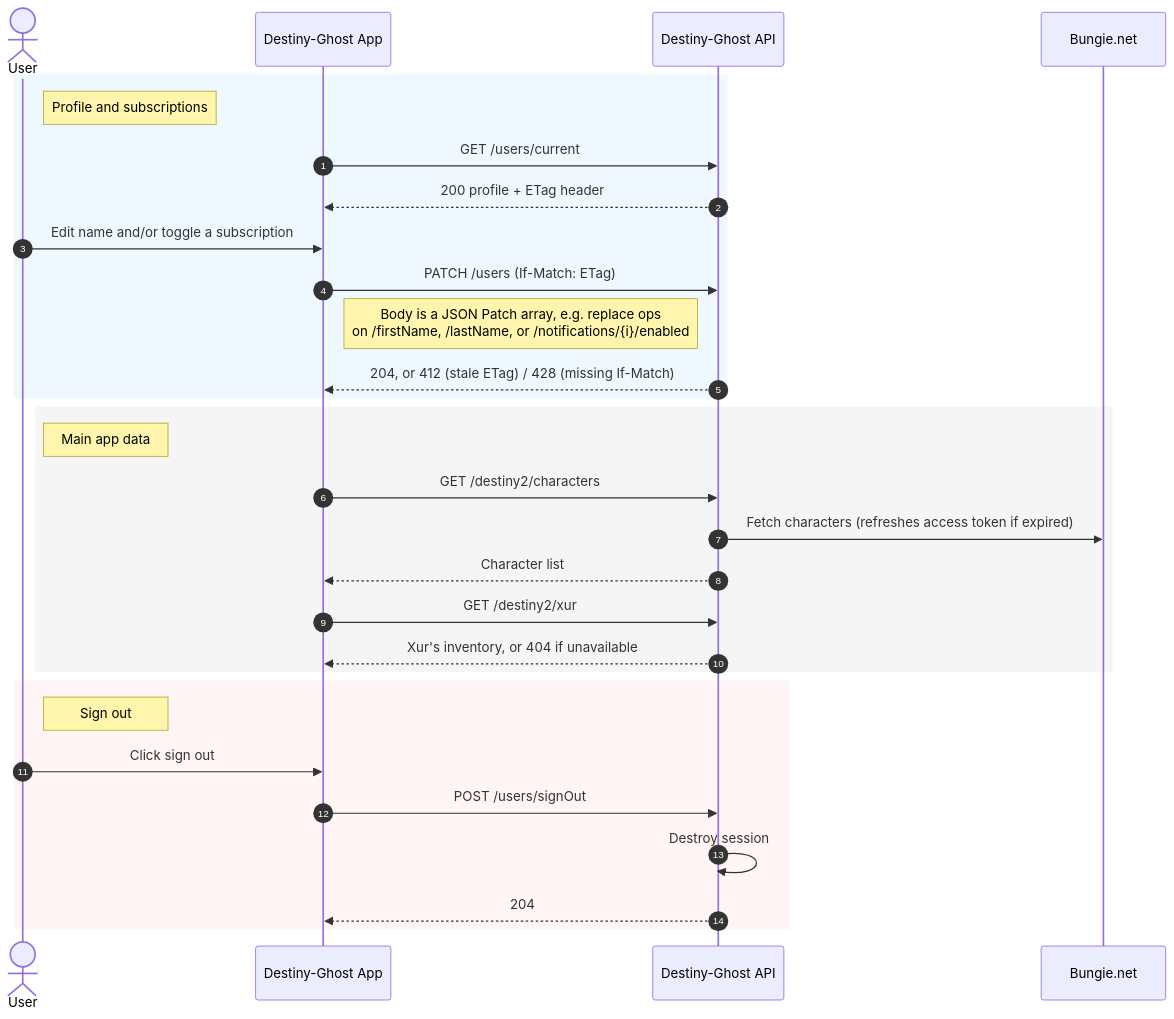
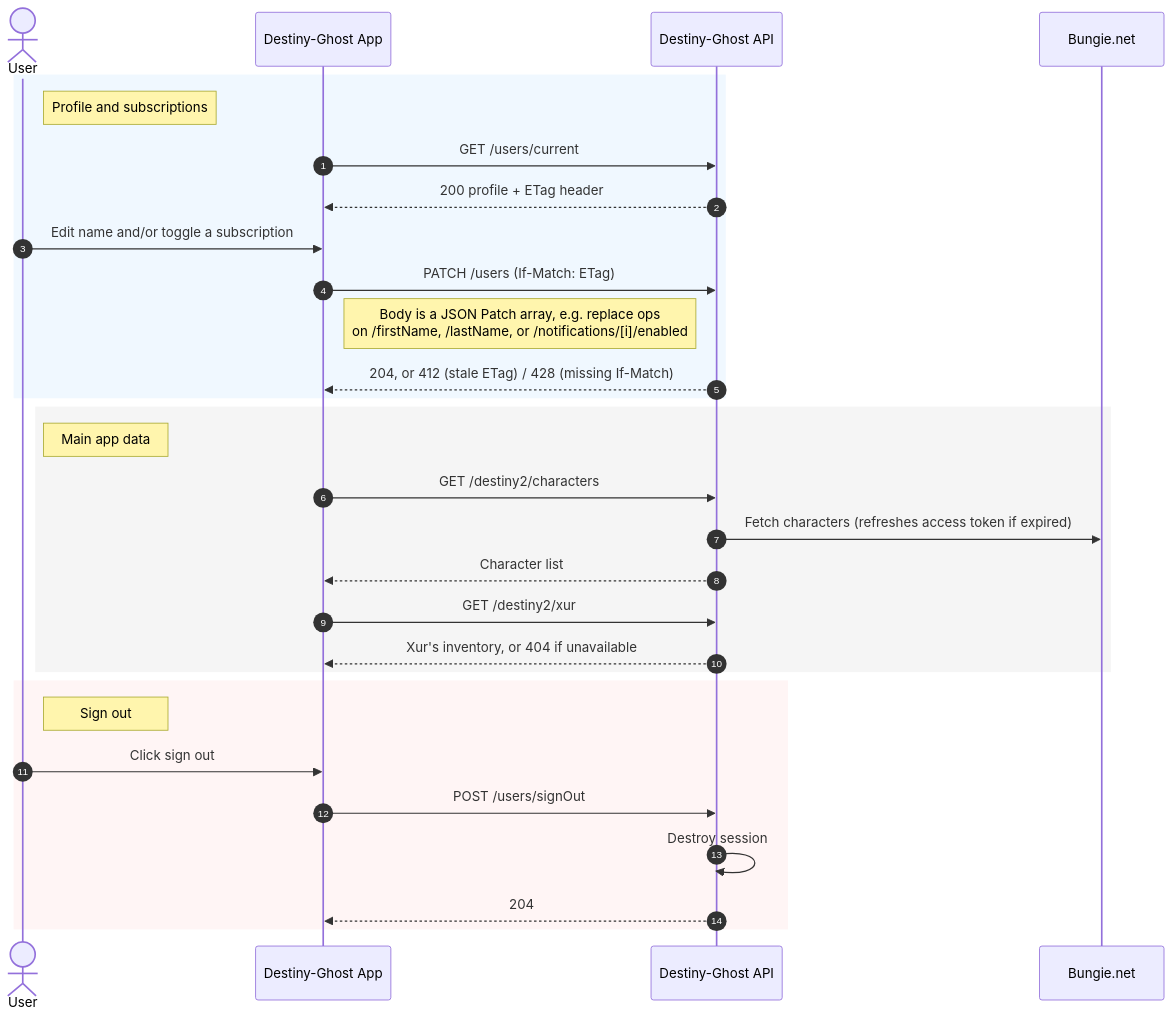
One commit to chrispaskvan/destiny-ghost-api changed the third of 3 diagrams in DIAGRAM.md. Above: the diagram before and after it, drawn with Mermaid. The commit also changed other lines of this file, not shown here.

Commit message:
fix(docs): fix mermaid diagram syntax errors in DIAGRAM.md (#640)

````diff
--- a/DIAGRAM.md
+++ b/DIAGRAM.md
@@ -95,35 +95,35 @@
 ```mermaid
 sequenceDiagram
     autonumber
     actor User
     participant WebApp as Destiny-Ghost App
     participant API as Destiny-Ghost API
     participant Bungie as Bungie.net
 
     rect rgb(240, 248, 255)
         note right of User: Profile and subscriptions
         WebApp->>API: GET /users/current
         API-->>WebApp: 200 profile + ETag header
         User->>WebApp: Edit name and/or toggle a subscription
         WebApp->>API: PATCH /users (If-Match: ETag)
-        note left of API: Body is a JSON Patch array, e.g. replace ops<br/>on /firstName, /lastName, or /notifications/{i}/enabled
+        note left of API: Body is a JSON Patch array, e.g. replace ops<br/>on /firstName, /lastName, or /notifications/[i]/enabled
         API-->>WebApp: 204, or 412 (stale ETag) / 428 (missing If-Match)
     end
 
     rect rgb(245, 245, 245)
         note right of User: Main app data
         WebApp->>API: GET /destiny2/characters
         API->>Bungie: Fetch characters (refreshes access token if expired)
         API-->>WebApp: Character list
         WebApp->>API: GET /destiny2/xur
         API-->>WebApp: Xur's inventory, or 404 if unavailable
     end
 
     rect rgb(255, 245, 245)
         note right of User: Sign out
         User->>WebApp: Click sign out
         WebApp->>API: POST /users/signOut
         API->>API: Destroy session
         API-->>WebApp: 204
     end
 ```
````
